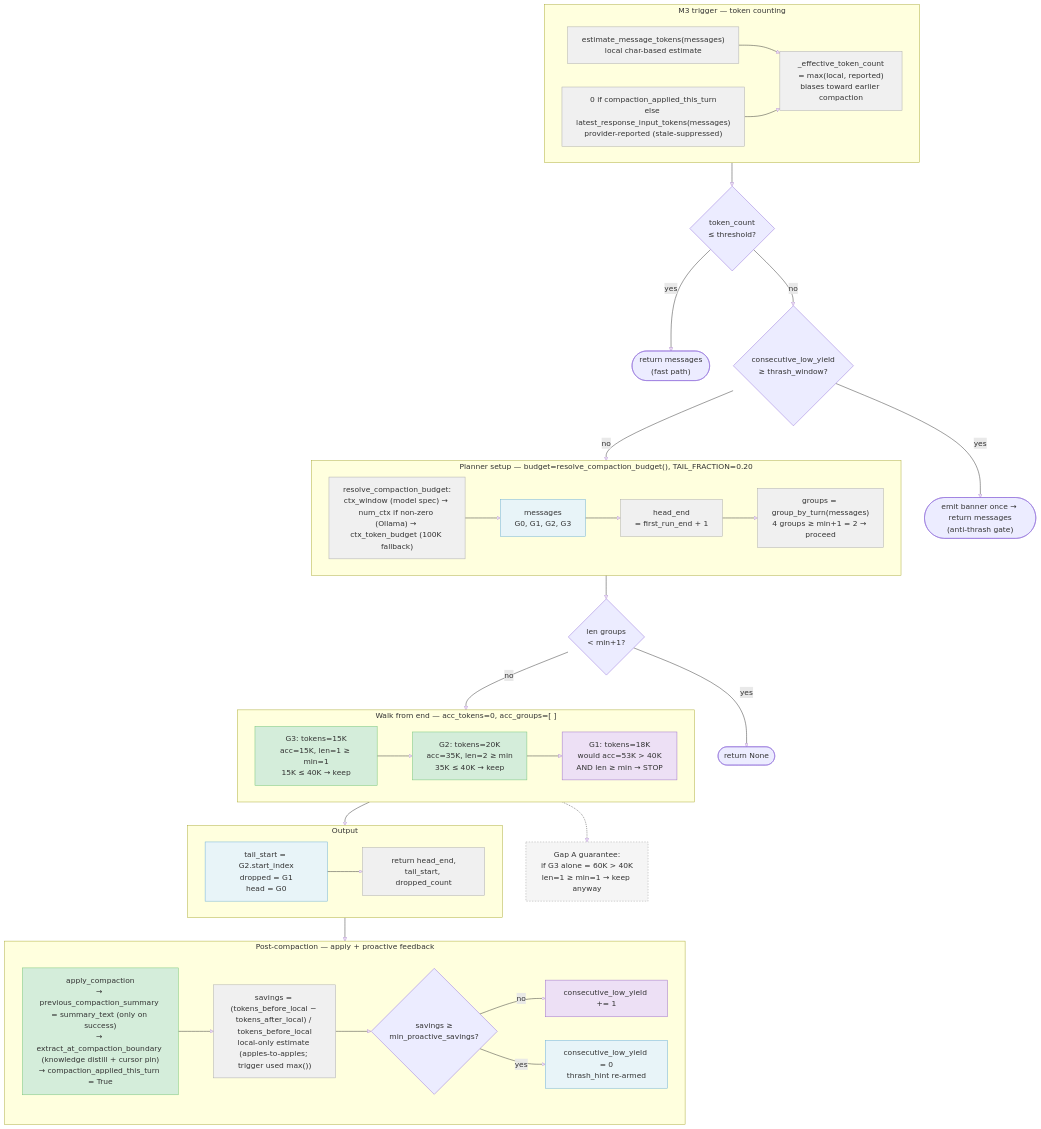
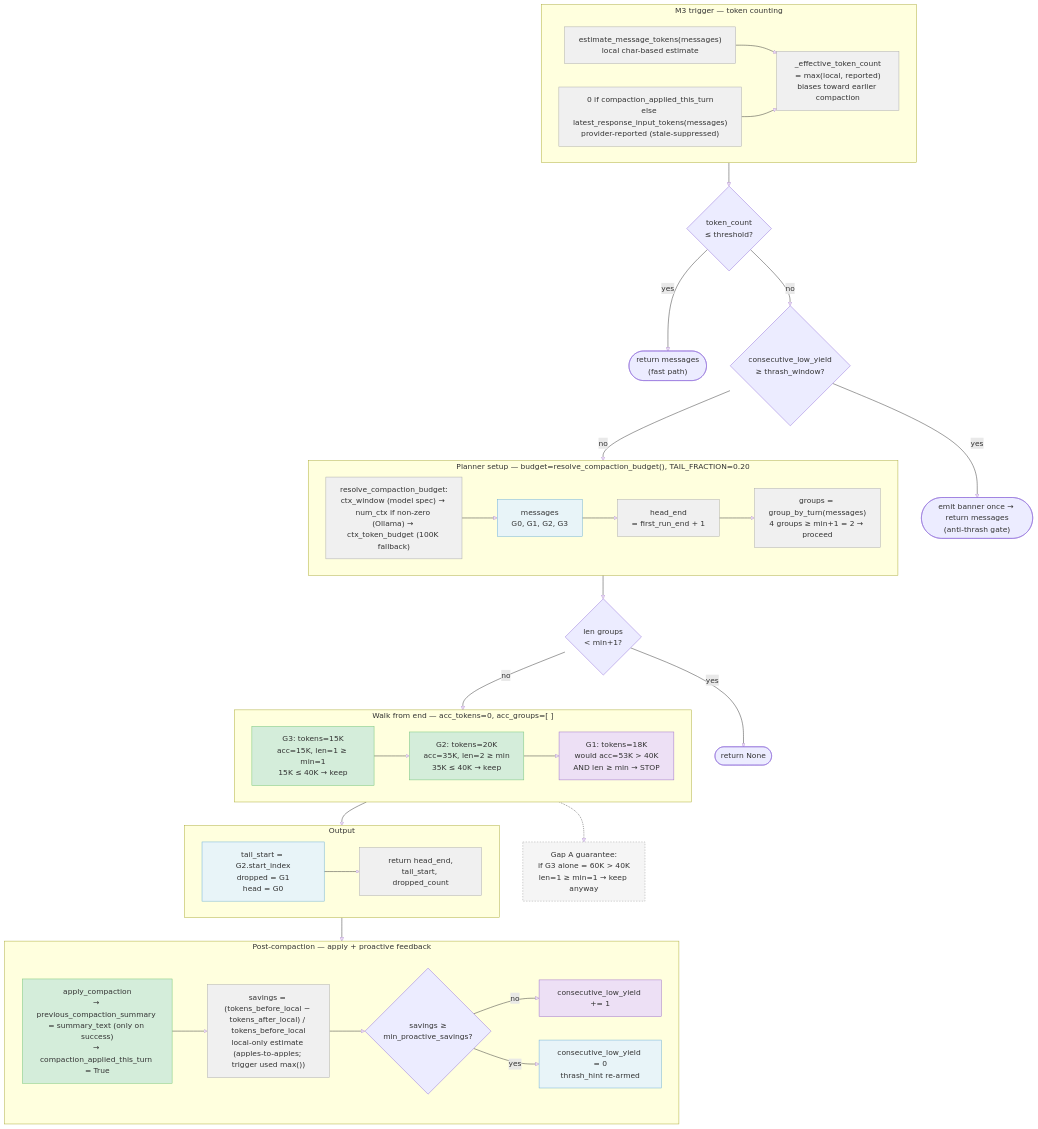
The fourth of 6 diagrams in docs/specs/compaction.md (binlecode/co-cli), drawn with Mermaid before and after one commit. The commit also changed other lines of this file and 204 other files, not shown here.

````diff
--- a/docs/specs/compaction.md
+++ b/docs/specs/compaction.md
@@ -213,68 +210,68 @@
 ```mermaid
 flowchart TD
     subgraph Trigger["M3 trigger — token counting"]
         direction LR
         t_local["estimate_message_tokens(messages)\nlocal char-based estimate"]:::meta
         t_rep["0 if compaction_applied_this_turn\nelse latest_response_input_tokens(messages)\nprovider-reported (stale-suppressed)"]:::meta
         t_eff["_effective_token_count\n= max(local, reported)\nbiases toward earlier compaction"]:::meta
         t_local --> t_eff
         t_rep --> t_eff
     end
 
     ThreshCheck{"token_count\n≤ threshold?"}
     FastPath(["return messages\n(fast path)"])
     ThrashCheck{"consecutive_low_yield\n≥ thrash_window?"}
     ThrashGate(["emit banner once → return messages\n(anti-thrash gate)"])
 
     subgraph Setup["Planner setup — budget=resolve_compaction_budget(), TAIL_FRACTION=0.20"]
         direction LR
         s_bres["resolve_compaction_budget:\nctx_window (model spec) → num_ctx if non-zero (Ollama) → ctx_token_budget (100K fallback)"]:::meta --> s_msgs["messages\nG0, G1, G2, G3"]:::head --> s_hinit["head_end\n= first_run_end + 1"]:::meta --> s_grps["groups = group_by_turn(messages)\n4 groups ≥ min+1 = 2 → proceed"]:::meta
     end
 
     Check{len groups\n&lt; min+1?}
     Abort(["return None"])
 
     subgraph Walk["Walk from end — acc_tokens=0, acc_groups=[ ]"]
         direction LR
         w1["G3: tokens=15K\nacc=15K, len=1 ≥ min=1\n15K ≤ 40K → keep"]:::tail --> w2["G2: tokens=20K\nacc=35K, len=2 ≥ min\n35K ≤ 40K → keep"]:::tail --> w3["G1: tokens=18K\nwould acc=53K &gt; 40K\nAND len ≥ min → STOP"]:::marker
     end
 
     subgraph Output["Output"]
         direction LR
         o_bounds["tail_start = G2.start_index\ndropped = G1\nhead = G0"]:::head --> o_ret["return head_end,\ntail_start, dropped_count"]:::meta
     end
 
     note_clamp["Gap A guarantee:\nif G3 alone = 60K &gt; 40K\nlen=1 ≥ min=1 → keep anyway"]:::prior
 
     subgraph PostCompact["Post-compaction — apply + proactive feedback"]
         direction LR
-        pc1["apply_compaction\n→ previous_compaction_summary = summary_text (only on success)\n→ extract_at_compaction_boundary (knowledge distill + cursor pin)\n→ compaction_applied_this_turn = True"]:::tail --> pc2["savings = (tokens_before_local − tokens_after_local) / tokens_before_local\nlocal-only estimate (apples-to-apples; trigger used max())"]:::meta --> pc3{"savings ≥\nmin_proactive_savings?"}
+        pc1["apply_compaction\n→ previous_compaction_summary = summary_text (only on success)\n→ compaction_applied_this_turn = True"]:::tail --> pc2["savings = (tokens_before_local − tokens_after_local) / tokens_before_local\nlocal-only estimate (apples-to-apples; trigger used max())"]:::meta --> pc3{"savings ≥\nmin_proactive_savings?"}
         pc3 -->|"no"| pc4["consecutive_low_yield += 1"]:::marker
         pc3 -->|"yes"| pc5["consecutive_low_yield = 0\nthrash_hint re-armed"]:::head
     end
 
     Trigger --> ThreshCheck
     ThreshCheck -->|"yes"| FastPath
     ThreshCheck -->|"no"| ThrashCheck
     ThrashCheck -->|"yes"| ThrashGate
     ThrashCheck -->|"no"| Setup
     Setup --> Check
     Check -->|"yes"| Abort
     Check -->|"no"| Walk
     Walk --> Output
     Output --> PostCompact
     w1 -.-> note_clamp
 
     classDef syspr fill:#fff3e0,stroke:#f57c00
     classDef head fill:#e8f4f8,stroke:#6baed6
     classDef prior fill:#f5f5f5,stroke:#9e9e9e,stroke-dasharray:3 3
     classDef marker fill:#ede0f5,stroke:#9c6fc7
     classDef meta fill:#f0f0f0,stroke:#aaa
     classDef tail fill:#d4edda,stroke:#74c476
 
     class t_local,t_rep,t_eff,s_bres,s_hinit,s_grps,pc2,o_ret meta
     class s_msgs,o_bounds,pc5 head
     class w1,w2,pc1 tail
     class w3,pc4 marker
     class note_clamp prior
 ```
````
